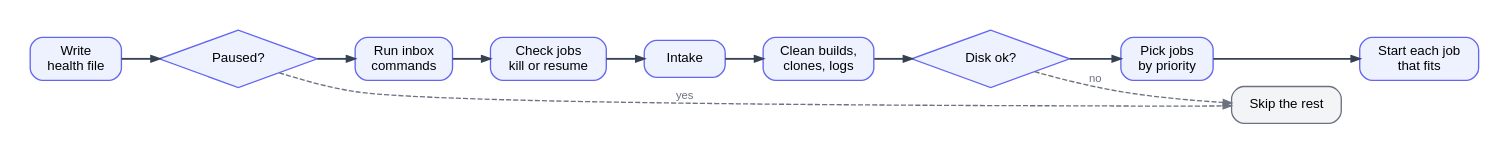
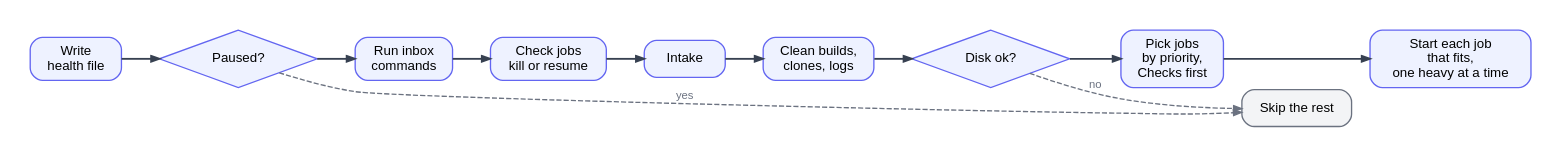
The diagram in factory/docs/diagrams/tick.dot (btseytlin/road-machiners), drawn with Graphviz before and after one commit. The commit also changed 3 other files, not shown here.

Commit message:
Document the one heavy job rule and the heavy-busy wait

```diff
--- a/factory/docs/diagrams/tick.dot
+++ b/factory/docs/diagrams/tick.dot
@@ -1,13 +1,13 @@
 // One tick. Black: normal path. Grey: the tick stops early.
 digraph tick {
   rankdir=LR; nodesep=0.3; ranksep=0.5; bgcolor=white; pad=0.3;
   node [shape=box, style="rounded,filled", fillcolor="#eef2ff", color="#6366f1", fontname="Helvetica", fontsize=13, margin="0.15,0.1", penwidth=1.3, width=1.1];
   edge [color="#374151", penwidth=1.8, arrowsize=0.8, fontname="Helvetica", fontsize=11];
   H [label="Write\nhealth file"]; Q [label="Paused?", shape=diamond, style=filled, width=1.1]; IN [label="Run inbox\ncommands"];
   J [label="Check jobs\nkill or resume"]; K [label="Intake"]; CL [label="Clean builds,\nclones, logs"];
-  DSK [label="Disk ok?", shape=diamond, style=filled, width=1.1]; PK [label="Pick jobs\nby priority"]; ST [label="Start each job\nthat fits"];
+  DSK [label="Disk ok?", shape=diamond, style=filled, width=1.1]; PK [label="Pick jobs\nby priority,\nChecks first"]; ST [label="Start each job\nthat fits,\none heavy at a time"];
   STOP [label="Skip the rest", fillcolor="#f3f4f6", color="#6b7280"];
   H -> Q -> IN -> J -> K -> CL -> DSK -> PK -> ST [weight=100];
   edge [color="#6b7280", fontcolor="#6b7280", style=dashed, penwidth=1.3, weight=0];
   Q -> STOP [label="yes"]; DSK -> STOP [label="no"];
 }
```
